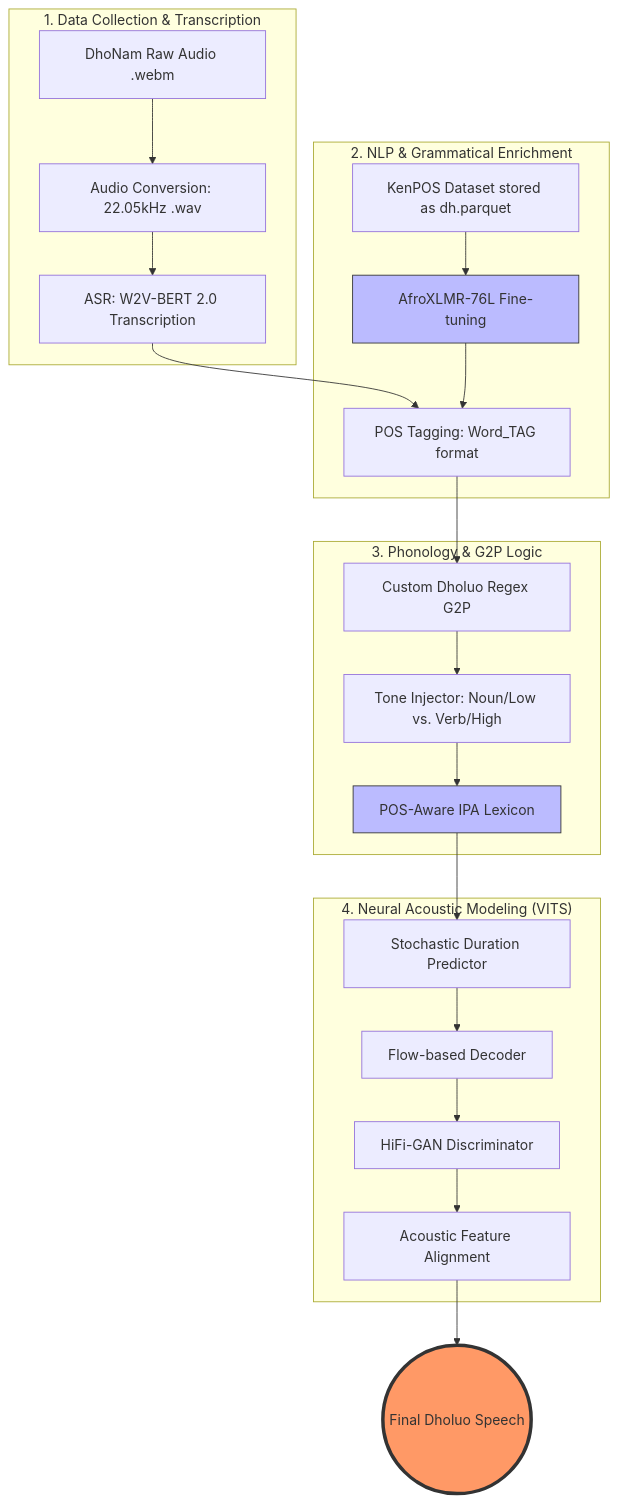
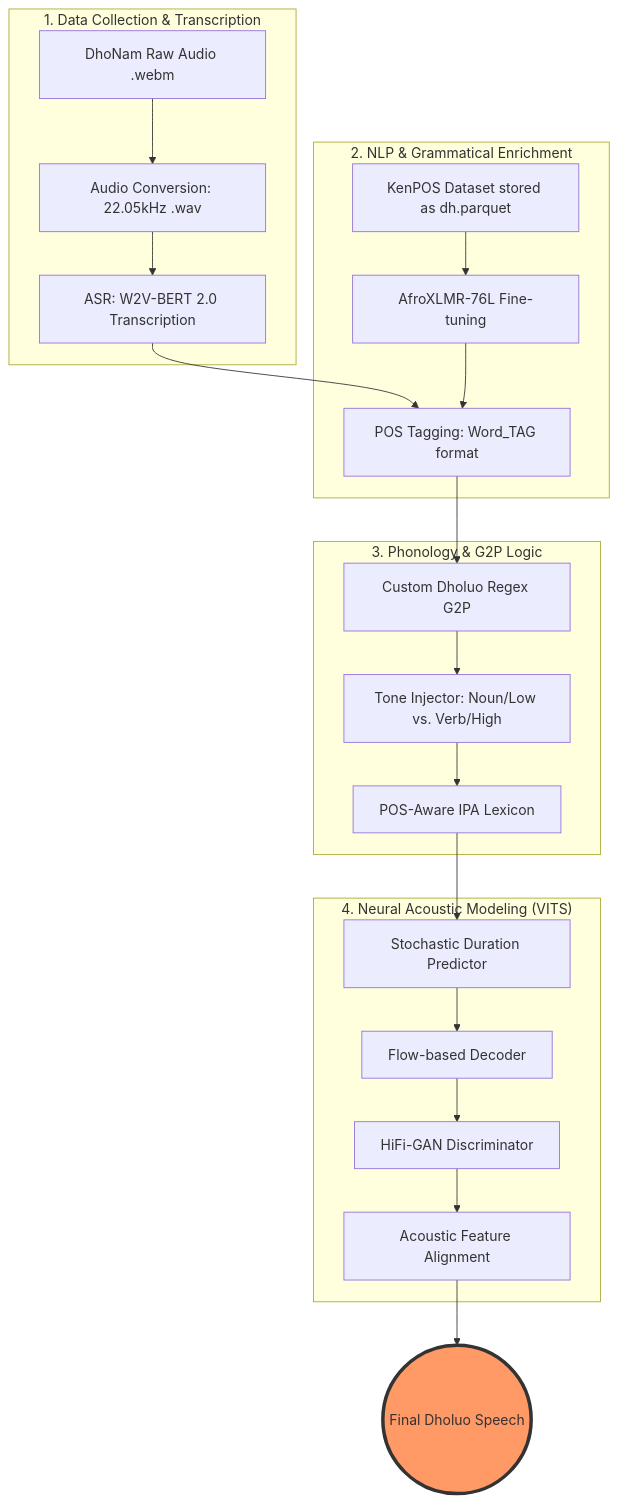
One commit to sidneyowallah/dholuo-tts changed the diagram in README.md. Above: the diagram before and after it, drawn with Mermaid. The commit also changed other lines of this file, not shown here.

````diff
--- a/README.md
+++ b/README.md
@@ -32,31 +38,29 @@
 ```mermaid
 graph TD
     subgraph "1. Data Collection & Transcription"
         A[DhoNam Raw Audio .webm] --> B[Audio Conversion: 22.05kHz .wav]
         B --> C[ASR: W2V-BERT 2.0 Transcription]
     end
 
     subgraph "2. NLP & Grammatical Enrichment"
         D[KenPOS Dataset stored as dh.parquet] --> E[AfroXLMR-76L Fine-tuning]
         C & E --> F[POS Tagging: Word_TAG format]
     end
 
     subgraph "3. Phonology & G2P Logic"
         F --> G[Custom Dholuo Regex G2P]
         G --> H[Tone Injector: Noun/Low vs. Verb/High]
         H --> I[POS-Aware IPA Lexicon]
     end
 
     subgraph "4. Neural Acoustic Modeling (VITS)"
         I --> J[Stochastic Duration Predictor]
         J --> K[Flow-based Decoder]
         K --> L[HiFi-GAN Discriminator]
         L --> M[Acoustic Feature Alignment]
     end
 
     M --> N((Final Dholuo Speech))
 
     style N fill:#f96,stroke:#333,stroke-width:4px
-    style E fill:#bbf,stroke:#333
-    style I fill:#bbf,stroke:#333
 ```
````
